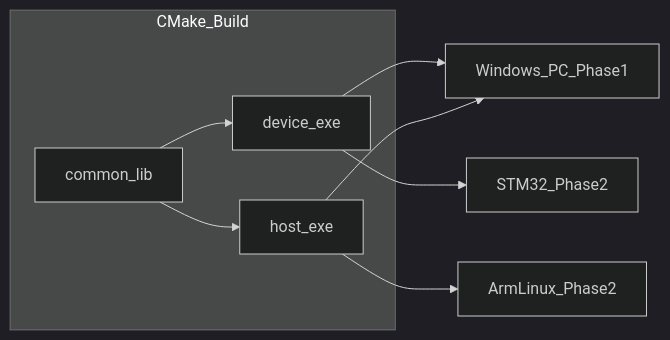
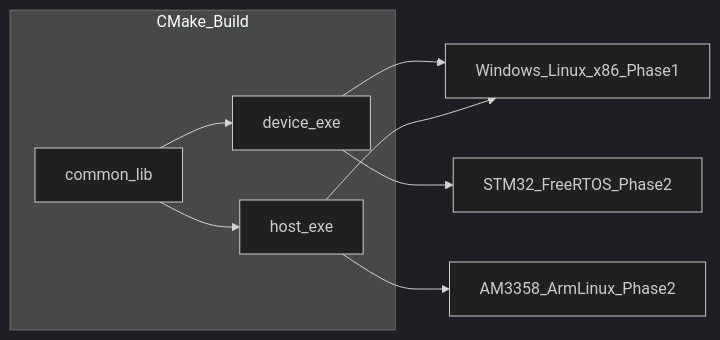
Before and after one commit to BoydWPaine/MiniPatientMonitor: the fifth of 5 diagrams in docs/Architecture.md, drawn with Mermaid (dark theme). The commit also changed other lines of this file and 6 other files, not shown here.

````diff
--- a/docs/Architecture.md
+++ b/docs/Architecture.md
@@ -307,14 +393,14 @@
 ```mermaid
 flowchart LR
     subgraph build [CMake_Build]
         Common[common_lib]
         DevExe[device_exe]
         HostExe[host_exe]
     end
     Common --> DevExe
     Common --> HostExe
-    DevExe --> WinPC[Windows_PC_Phase1]
-    HostExe --> WinPC
-    DevExe --> STM32[STM32_Phase2]
-    HostExe --> ArmLinux[ArmLinux_Phase2]
+    DevExe --> WinLinux[Windows_Linux_x86_Phase1]
+    HostExe --> WinLinux
+    DevExe --> STM32[STM32_FreeRTOS_Phase2]
+    HostExe --> AM3358[AM3358_ArmLinux_Phase2]
 ```
````
